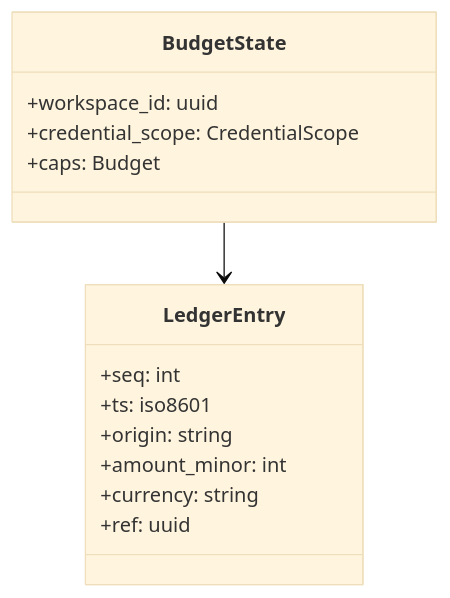
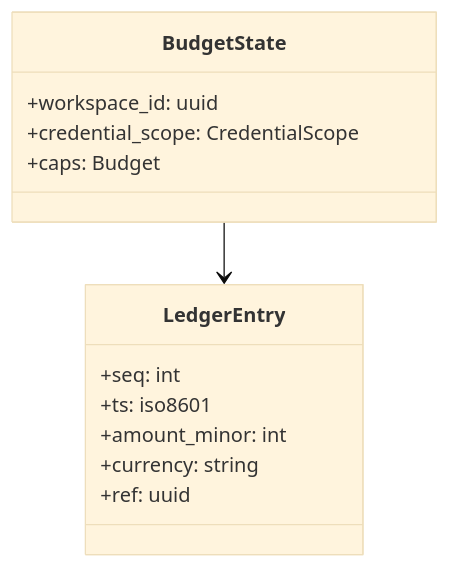
One commit to febufenn-cyber/drawing-office-v2 changed the ninth of 9 diagrams in designs/workspace-and-memory-store/LLD.md. Above: the diagram before and after it, drawn with Mermaid (base theme). The commit also changed other lines of this file and 6 other files, not shown here.

````diff
--- a/designs/workspace-and-memory-store/LLD.md
+++ b/designs/workspace-and-memory-store/LLD.md
@@ -266,17 +266,16 @@
 ```mermaid
 classDiagram
     class BudgetState {
         +workspace_id: uuid
         +credential_scope: CredentialScope
         +caps: Budget
     }
     class LedgerEntry {
         +seq: int
         +ts: iso8601
-        +origin: string
         +amount_minor: int
         +currency: string
         +ref: uuid
     }
     BudgetState --> LedgerEntry
 ```
````
